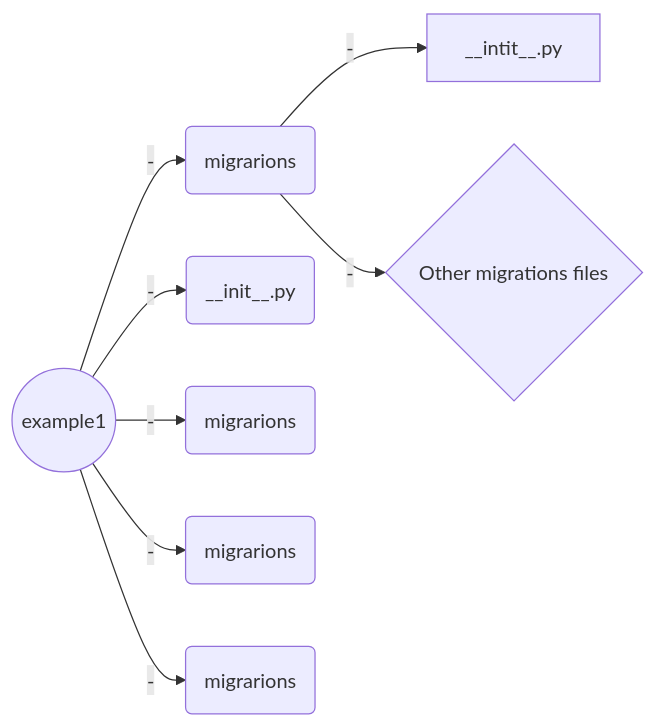
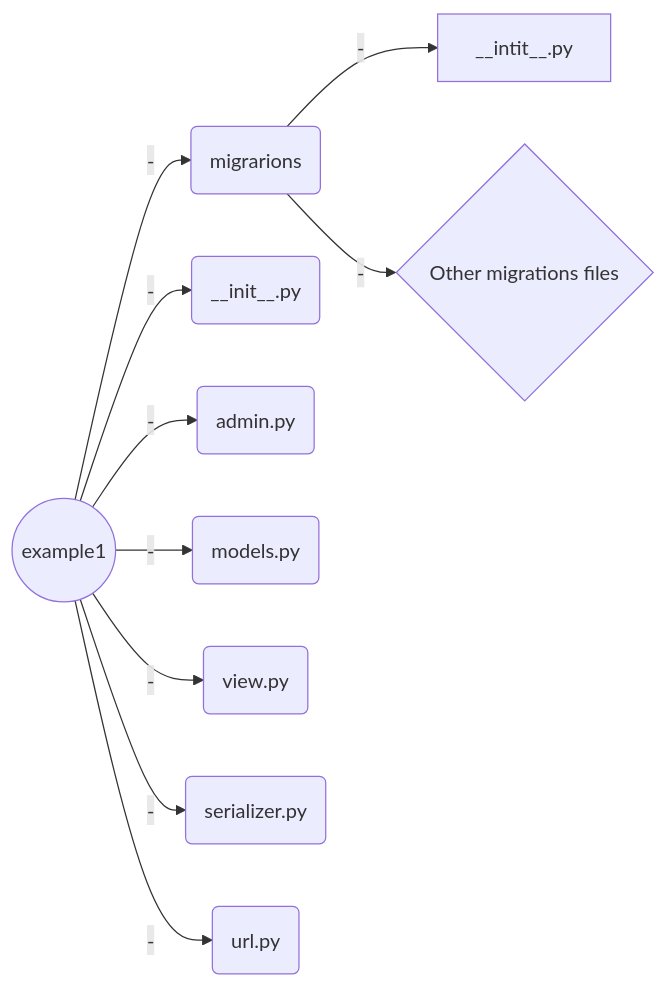
Before and after one commit to LooDaHu/ARORA_General_-Introduction: the first of 3 diagrams in Welcome file.md, drawn with Mermaid. The commit also changed other lines of this file, not shown here.

Commit message:
Welcome file.md updated from https://stackedit.io/

````diff
--- a/Welcome file.md
+++ b/Welcome file.md
@@ -40,11 +40,14 @@
 ```mermaid
 graph LR
 A((example1)) -- - --> B(migrarions) 
 B(migrarions) -- - --> C[__intit__.py]
 B(migrarions) -- - --> D{Other migrations files}
 A((example1)) -- - --> E(__init__.py) 
-A((example1)) -- - --> F(migrarions) 
-A((example1)) -- - --> G(migrarions) 
-A((example1)) -- - --> H(migrarions) 
+A((example1)) -- - --> F(admin.py) 
+A((example1)) -- - --> G(models.py) 
+A((example1)) -- - --> H(view.py)
+A((example1)) -- - --> I(serializer.py)
+A((example1)) -- - --> J(url.py)
+ 
 
 ```
````
